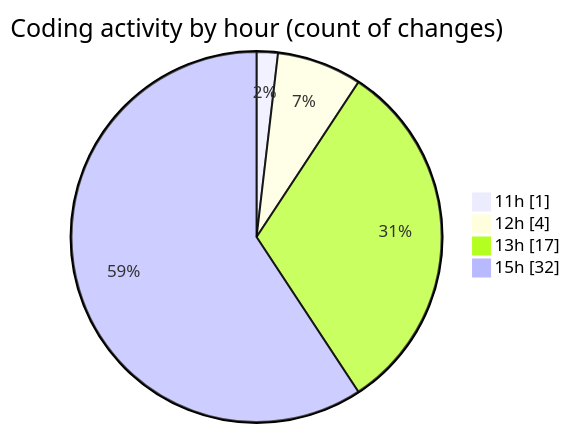
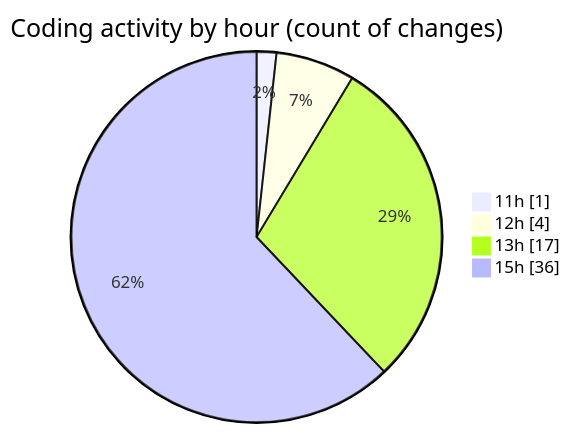
One commit to nxtqubesakshisongat/code-tracking changed the second of 2 diagrams in 2025-09-28/nxtqube_webapp/README.md. Above: the diagram before and after it, drawn with Mermaid. The commit also changed other lines of this file and 1 other file, not shown here.

````diff
--- a/2025-09-28/nxtqube_webapp/README.md
+++ b/2025-09-28/nxtqube_webapp/README.md
@@ -29,8 +29,8 @@
 ```mermaid
 pie showData
 title Coding activity by hour (count of changes)
 "11h" : 1
 "12h" : 4
 "13h" : 17
-"15h" : 32
+"15h" : 36
 ```
````
